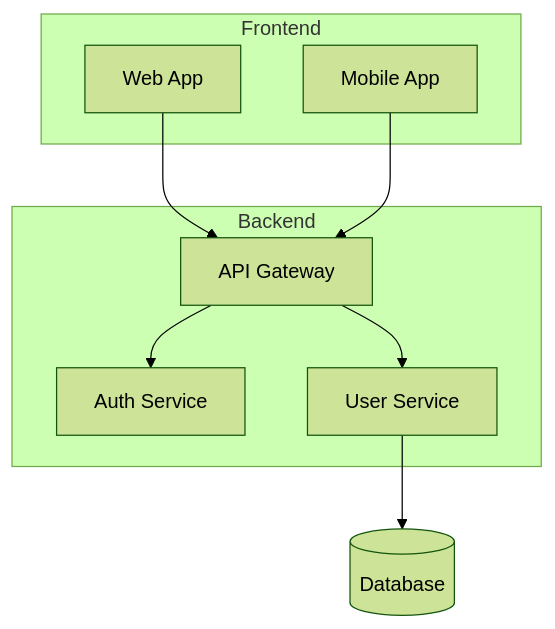
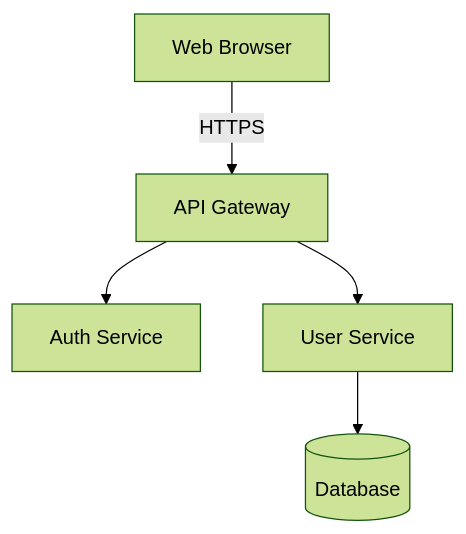
The diagram in copilot/skills/image-to-mermaid/SKILL.md (byrash/architecture-governance), drawn with Mermaid (forest theme) before and after one commit. The commit also changed other lines of this file and 2 other files, not shown here.

````diff
--- a/copilot/skills/image-to-mermaid/SKILL.md
+++ b/copilot/skills/image-to-mermaid/SKILL.md
@@ -62,19 +23,7 @@
 ```mermaid
 flowchart TB
-    subgraph Frontend
-        A[Web App]
-        B[Mobile App]
-    end
-    
-    subgraph Backend
-        C[API Gateway]
-        D[Auth Service]
-        E[User Service]
-    end
-    
-    A --> C
-    B --> C
-    C --> D
-    C --> E
-    E --> F[(Database)]
+    A[Web Browser] -->|HTTPS| B[API Gateway]
+    B --> C[Auth Service]
+    B --> D[User Service]
+    D --> E[(Database)]
 ```
````
